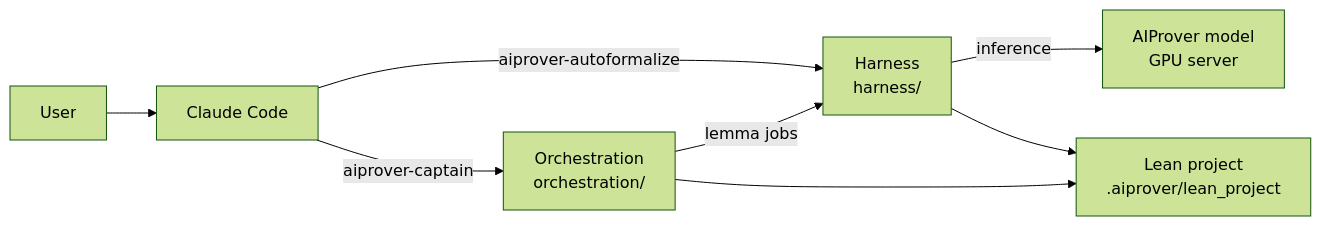
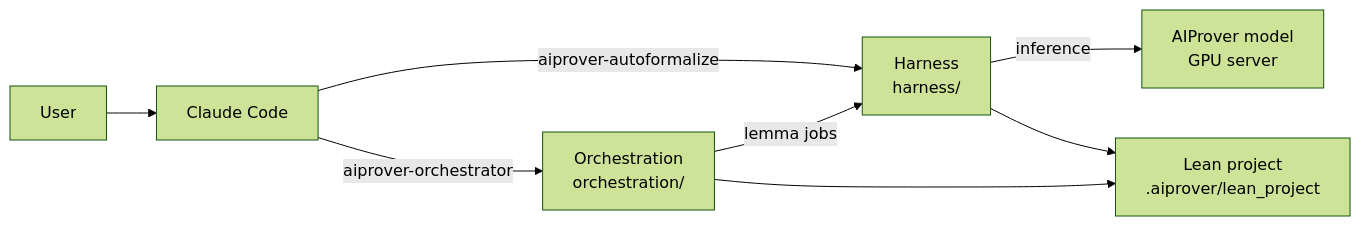
The diagram in README.md (Logan-Cole-Luna/AIProver), drawn with Mermaid (forest theme) before and after one commit. The commit also changed other lines of this file and 6 other files, not shown here.

````diff
--- a/README.md
+++ b/README.md
@@ -24,10 +24,10 @@
 ```mermaid
 flowchart LR
     U[User] --> C[Claude Code]
     C -->|aiprover-autoformalize| H[Harness<br/>harness/]
-    C -->|aiprover-captain| O[Orchestration<br/>orchestration/]
+    C -->|aiprover-orchestrator| O[Orchestration<br/>orchestration/]
     O -->|lemma jobs| H
     H -->|inference| M[AIProver model<br/>GPU server]
     H --> L[Lean project<br/>.aiprover/lean_project]
     O --> L
 ```
````
